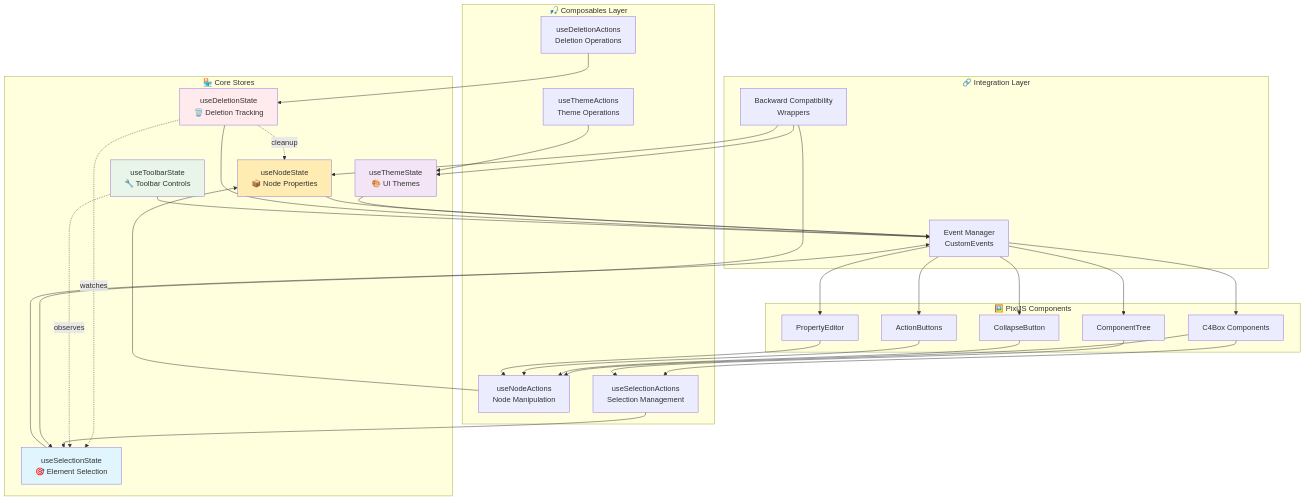
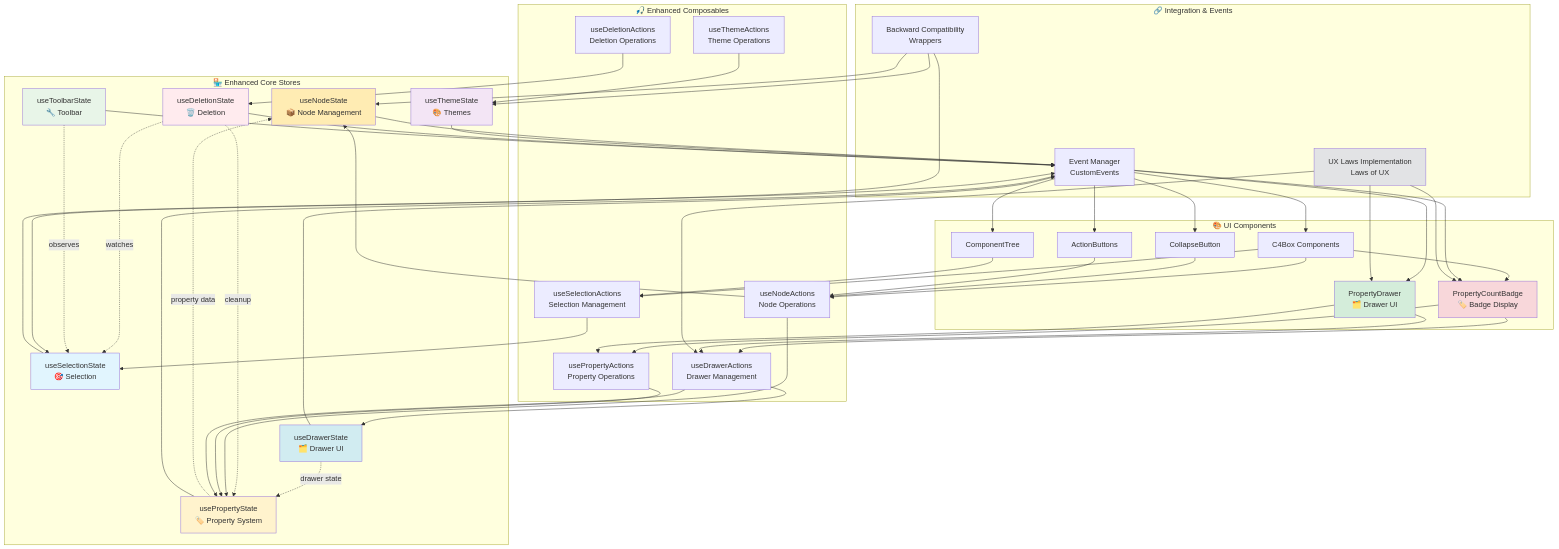
The first of 2 diagrams in docs/state-management.md (YongDev2424/px-client), drawn with Mermaid before and after one commit. The commit also changed other lines of this file and 31 other files, not shown here.

````diff
--- a/docs/state-management.md
+++ b/docs/state-management.md
@@ -31,71 +47,100 @@
 ```mermaid
 graph TB
-    subgraph "🏪 Core Stores"
-        NS[useNodeState<br/>📦 Node Properties]
-        SS[useSelectionState<br/>🎯 Element Selection]
-        TS[useThemeState<br/>🎨 UI Themes]
-        DS[useDeletionState<br/>🗑️ Deletion Tracking]
-        TBS[useToolbarState<br/>🔧 Toolbar Controls]
+    subgraph "🏪 Enhanced Core Stores"
+        NS[useNodeState<br/>📦 Node Management]
+        PS[usePropertyState<br/>🏷️ Property System]
+        DRS[useDrawerState<br/>🗂️ Drawer UI]
+        SS[useSelectionState<br/>🎯 Selection]
+        TS[useThemeState<br/>🎨 Themes]
+        DS[useDeletionState<br/>🗑️ Deletion]
+        TBS[useToolbarState<br/>🔧 Toolbar]
     end
     
-    subgraph "🎣 Composables Layer"
-        NA[useNodeActions<br/>Node Manipulation]
+    subgraph "🎣 Enhanced Composables"
+        NA[useNodeActions<br/>Node Operations]
+        PA[usePropertyActions<br/>Property Operations]
+        DRA[useDrawerActions<br/>Drawer Management]
         SA[useSelectionActions<br/>Selection Management]
         TA[useThemeActions<br/>Theme Operations]
         DA[useDeletionActions<br/>Deletion Operations]
     end
     
-    subgraph "🖼️ PixiJS Components"
+    subgraph "🎨 UI Components"
+        PCB[PropertyCountBadge<br/>🏷️ Badge Display]
+        PD[PropertyDrawer<br/>🗂️ Drawer UI]
         C4B[C4Box Components]
         CB[CollapseButton]
         AB[ActionButtons]
-        PE[PropertyEditor]
         CT[ComponentTree]
     end
     
-    subgraph "🔗 Integration Layer"
+    subgraph "🔗 Integration & Events"
         EM[Event Manager<br/>CustomEvents]
         BCW[Backward Compatibility<br/>Wrappers]
+        UXL[UX Laws Implementation<br/>Laws of UX]
     end
     
-    %% Store Dependencies
+    %% Enhanced Store Dependencies
+    PS -.->|property data| NS
+    DRS -.->|drawer state| PS
     DS -.->|watches| SS
-    DS -.->|cleanup| NS
+    DS -.->|cleanup| PS
     TBS -.->|observes| SS
     
-    %% Composable to Store connections
+    %% Enhanced Composable Connections
     NA --> NS
+    NA --> PS
+    PA --> PS
+    DRA --> DRS
+    DRA --> PS
     SA --> SS
     TA --> TS
     DA --> DS
     
-    %% Components to Composables
+    %% UI Component Connections
+    PCB --> PA
+    PCB --> DRA
+    PD --> DRA
+    PD --> PA
     C4B --> NA
     C4B --> SA
+    C4B --> PCB
     CB --> NA
     AB --> NA
-    PE --> NA
     CT --> SA
     
-    %% Event flow
+    %% Enhanced Event Flow
+    PS --> EM
+    DRS --> EM
     NS --> EM
     SS --> EM
     TS --> EM
     DS --> EM
     TBS --> EM
     
+    EM --> PCB
+    EM --> PD
     EM --> C4B
     EM --> CB
     EM --> AB
-    EM --> PE
     EM --> CT
     
-    %% Backward compatibility
+    %% UX Integration
+    UXL --> PCB
+    UXL --> PD
+    UXL --> DRA
+    
+    %% Backward Compatibility
     BCW --> NS
     BCW --> SS
     BCW --> TS
     
-    %% Styling
+    %% Enhanced Styling
+    style PS fill:#fff3cd
+    style DRS fill:#d1ecf1
+    style PCB fill:#f8d7da
+    style PD fill:#d4edda
+    style UXL fill:#e2e3e5
     style NS fill:#ffecb3
     style SS fill:#e1f5fe
     style TS fill:#f3e5f5
````
